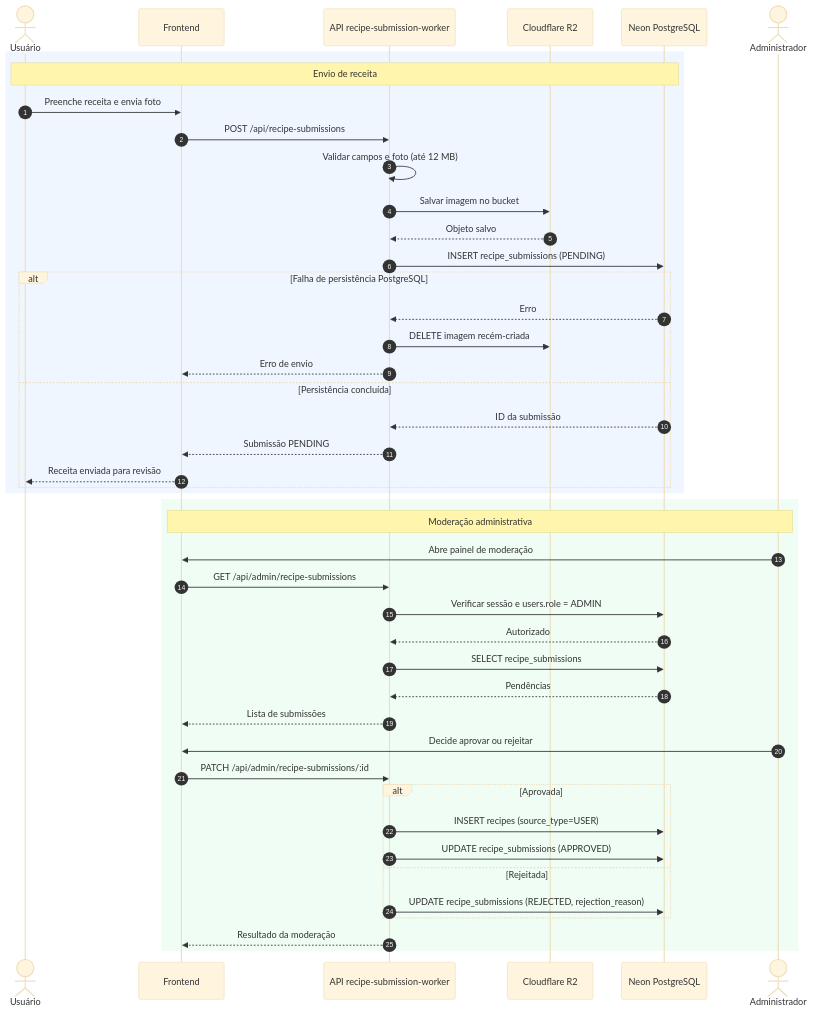
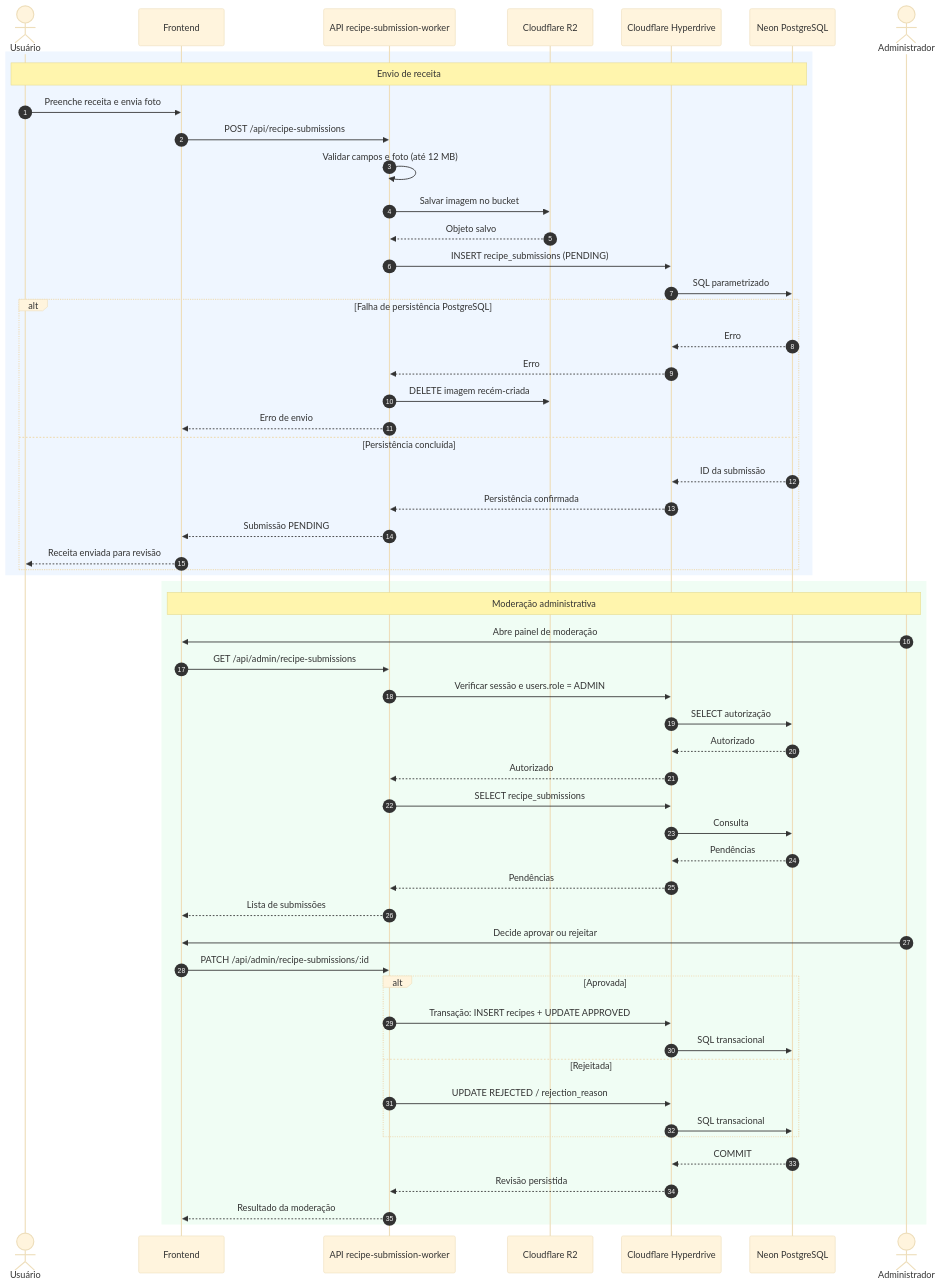
The diagram in docs/diagramas/sequencia-envio-moderacao.md (pitado/receitando), drawn with Mermaid (base theme) before and after one commit. The commit also changed other lines of this file and 17 other files, not shown here.

First line of the commit message:
Documentar diagramas em UML PlantUML com Neon PostgreSQL e remover drawio

````diff
--- a/docs/diagramas/sequencia-envio-moderacao.md
+++ b/docs/diagramas/sequencia-envio-moderacao.md
@@ -7,49 +7,60 @@
 ```mermaid
 sequenceDiagram
     autonumber
     actor U as Usuário
     participant F as Frontend
     participant A as API recipe-submission-worker
     participant R as Cloudflare R2
+    participant H as Cloudflare Hyperdrive
     participant D as Neon PostgreSQL
     actor M as Administrador
 
     rect rgb(239, 246, 255)
       Note over U,D: Envio de receita
       U->>F: Preenche receita e envia foto
       F->>A: POST /api/recipe-submissions
       A->>A: Validar campos e foto (até 12 MB)
       A->>R: Salvar imagem no bucket
       R-->>A: Objeto salvo
-      A->>D: INSERT recipe_submissions (PENDING)
+      A->>H: INSERT recipe_submissions (PENDING)
+      H->>D: SQL parametrizado
       alt Falha de persistência PostgreSQL
-        D-->>A: Erro
+        D-->>H: Erro
+        H-->>A: Erro
         A->>R: DELETE imagem recém-criada
         A-->>F: Erro de envio
       else Persistência concluída
-        D-->>A: ID da submissão
+        D-->>H: ID da submissão
+        H-->>A: Persistência confirmada
         A-->>F: Submissão PENDING
         F-->>U: Receita enviada para revisão
       end
     end
 
     rect rgb(240, 253, 244)
       Note over F,M: Moderação administrativa
       M->>F: Abre painel de moderação
       F->>A: GET /api/admin/recipe-submissions
-      A->>D: Verificar sessão e users.role = ADMIN
-      D-->>A: Autorizado
-      A->>D: SELECT recipe_submissions
-      D-->>A: Pendências
+      A->>H: Verificar sessão e users.role = ADMIN
+      H->>D: SELECT autorização
+      D-->>H: Autorizado
+      H-->>A: Autorizado
+      A->>H: SELECT recipe_submissions
+      H->>D: Consulta
+      D-->>H: Pendências
+      H-->>A: Pendências
       A-->>F: Lista de submissões
       M->>F: Decide aprovar ou rejeitar
       F->>A: PATCH /api/admin/recipe-submissions/:id
       alt Aprovada
-        A->>D: INSERT recipes (source_type=USER)
-        A->>D: UPDATE recipe_submissions (APPROVED)
+        A->>H: Transação: INSERT recipes + UPDATE APPROVED
+        H->>D: SQL transacional
       else Rejeitada
-        A->>D: UPDATE recipe_submissions (REJECTED, rejection_reason)
+        A->>H: UPDATE REJECTED / rejection_reason
+        H->>D: SQL transacional
       end
+      D-->>H: COMMIT
+      H-->>A: Revisão persistida
       A-->>F: Resultado da moderação
     end
 ```
````
